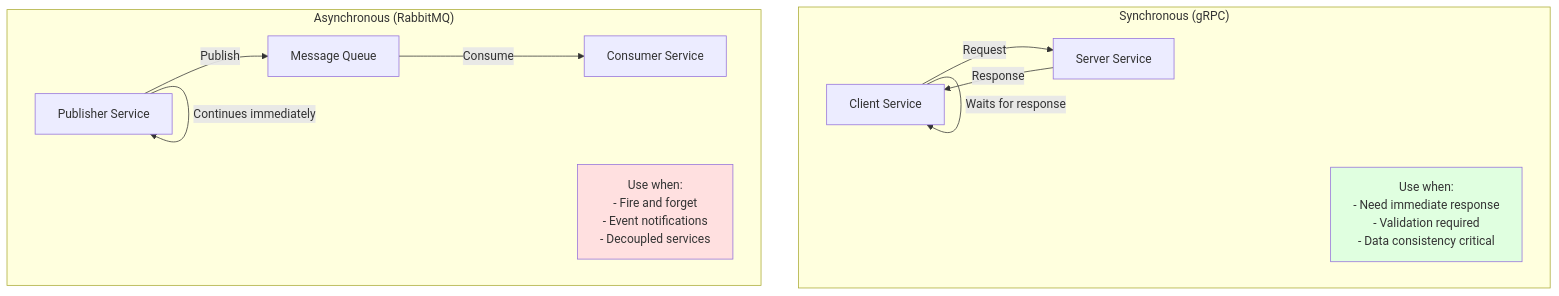
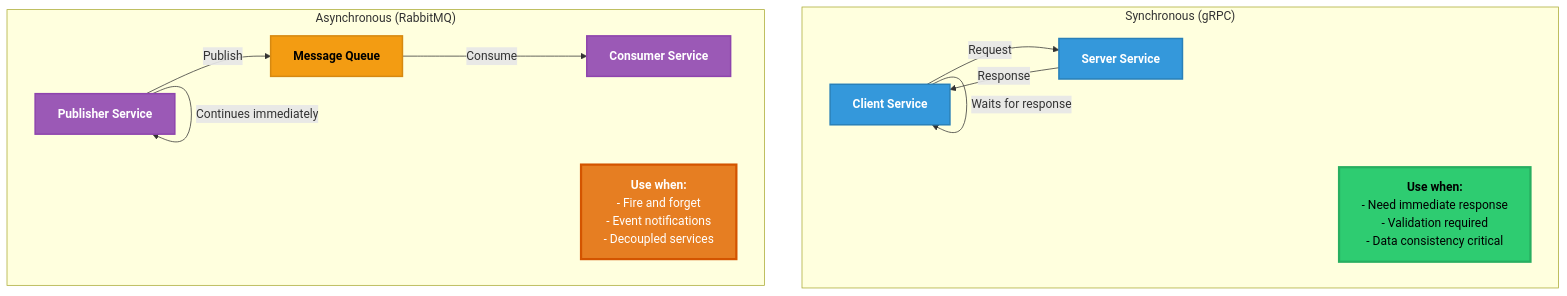
One commit to martimmpr/epicjunior-backend-db-course changed the ninth of 13 diagrams in diagrams/communication-flows.md. Above: the diagram before and after it, drawn with Mermaid. The commit also changed other lines of this file and 3 other files, not shown here.

Commit message:
docs: Improved Diagrams Readability.

````diff
--- a/diagrams/communication-flows.md
+++ b/diagrams/communication-flows.md
@@ -351,21 +351,26 @@
 ```mermaid
 graph TB
     subgraph "Synchronous (gRPC)"
-        S1[Client Service] -->|Request| S2[Server Service]
+        S1["<b>Client Service</b>"] -->|Request| S2["<b>Server Service</b>"]
         S2 -->|Response| S1
         S1 -->|Waits for response| S1
         
-        Note1[Use when:<br/>- Need immediate response<br/>- Validation required<br/>- Data consistency critical]
+        Note1["<b>Use when:</b><br/>- Need immediate response<br/>- Validation required<br/>- Data consistency critical"]
     end
     
     subgraph "Asynchronous (RabbitMQ)"
-        A1[Publisher Service] -->|Publish| Q[Message Queue]
-        Q -->|Consume| A2[Consumer Service]
+        A1["<b>Publisher Service</b>"] -->|Publish| Q["<b>Message Queue</b>"]
+        Q -->|Consume| A2["<b>Consumer Service</b>"]
         A1 -->|Continues immediately| A1
         
-        Note2[Use when:<br/>- Fire and forget<br/>- Event notifications<br/>- Decoupled services]
+        Note2["<b>Use when:</b><br/>- Fire and forget<br/>- Event notifications<br/>- Decoupled services"]
     end
     
-    style Note1 fill:#E0FFE0
-    style Note2 fill:#FFE0E0
+    style Note1 fill:#2ecc71,stroke:#27ae60,stroke-width:3px,color:#000
+    style Note2 fill:#e67e22,stroke:#d35400,stroke-width:3px,color:#fff
+    style S1 fill:#3498db,stroke:#2980b9,stroke-width:2px,color:#fff
+    style S2 fill:#3498db,stroke:#2980b9,stroke-width:2px,color:#fff
+    style A1 fill:#9b59b6,stroke:#8e44ad,stroke-width:2px,color:#fff
+    style A2 fill:#9b59b6,stroke:#8e44ad,stroke-width:2px,color:#fff
+    style Q fill:#f39c12,stroke:#d68910,stroke-width:2px,color:#000
 ```
````
